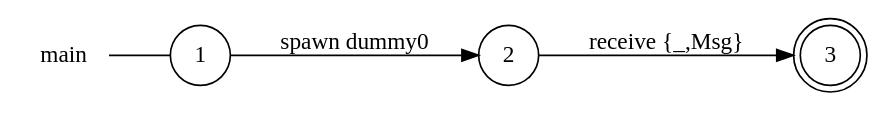
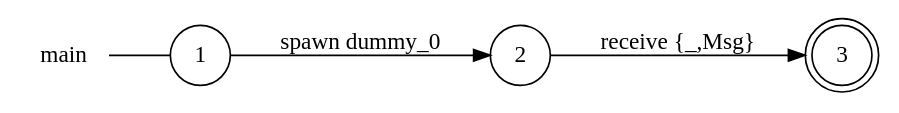
One commit to gabrielegenovese/chorer changed the diagram in examples/function-call/main_local_view.dot. Above: the diagram before and after it, drawn with Graphviz. The commit also changed 17 other files, not shown here.

```diff
--- a/examples/function-call/main_local_view.dot
+++ b/examples/function-call/main_local_view.dot
@@ -1,11 +1,11 @@
 digraph main {
 	rankdir="LR";
 	n_0 [label="main", shape="plaintext"];
 	n_1 [id="1", shape=circle, label="1"];
 	n_0 -> n_1 [arrowhead=none];
 	n_2 [id="2", shape=circle, label="2"];
 	n_3 [id="3", shape=doublecircle, label="3"];
 
-	n_1 -> n_2 [id="[$e|3]", label="spawn dummy0"];
-	n_2 -> n_3 [id="[$e|2]", label="receive {_,Msg}"];
+	n_2 -> n_3 [id="[$e|1]", label="receive {_,Msg}"];
+	n_1 -> n_2 [id="[$e|3]", label="spawn dummy_0"];
 }
```
